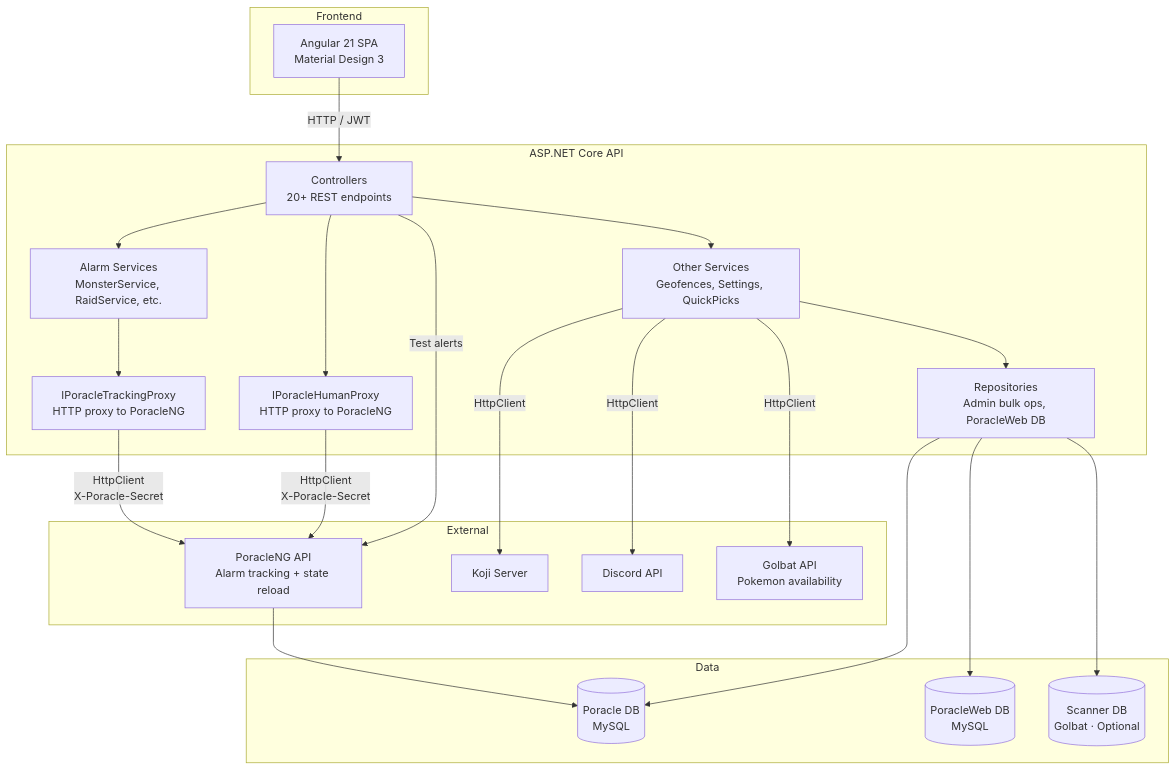
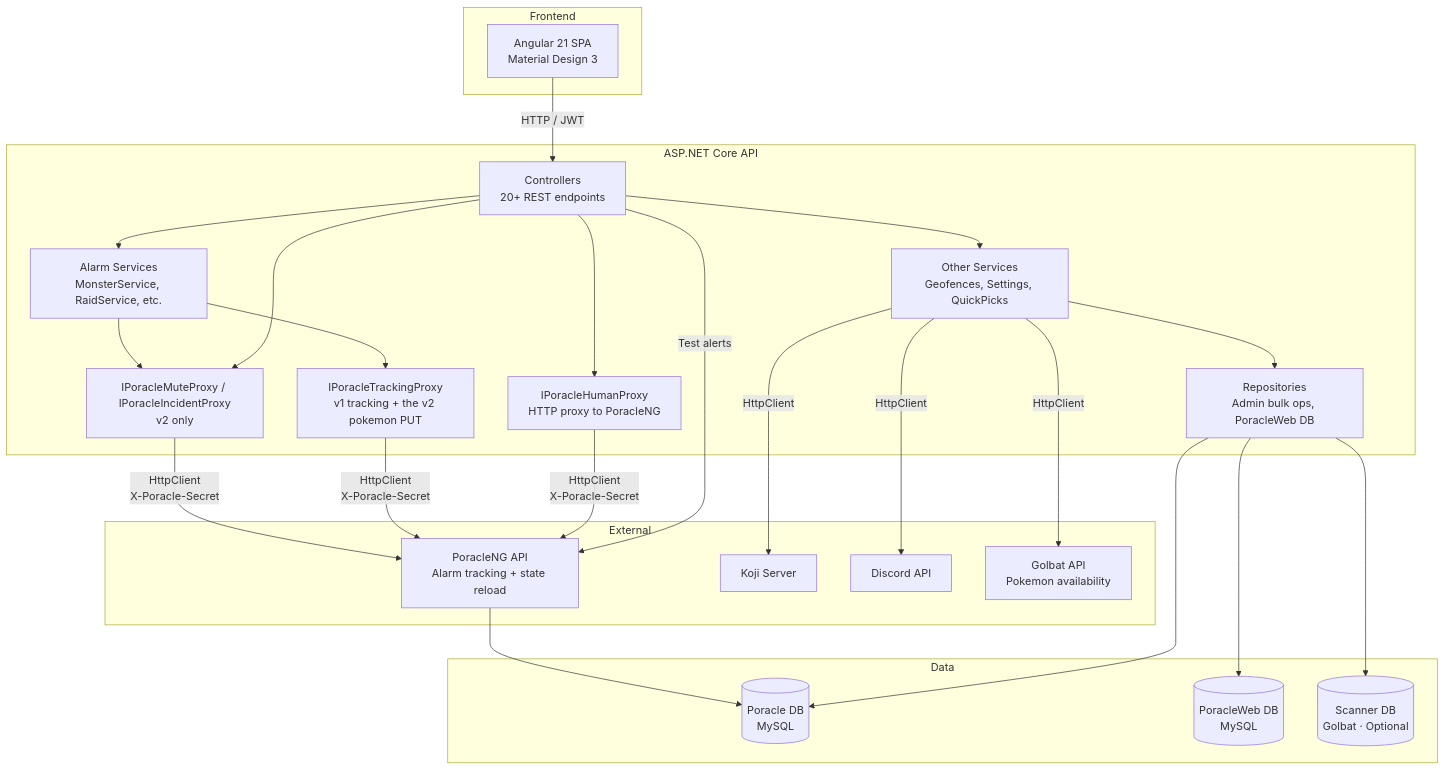
The diagram in docs/architecture/overview.md (PGAN-Dev/PoracleWeb.NET), drawn with Mermaid before and after one commit. The commit also changed other lines of this file and 18 other files, not shown here.

````diff
--- a/docs/architecture/overview.md
+++ b/docs/architecture/overview.md
@@ -34,45 +35,49 @@
 ```mermaid
 graph TB
     subgraph Frontend
         Angular[Angular 21 SPA<br/>Material Design 3]
     end
 
     subgraph Backend["ASP.NET Core API"]
         Controllers[Controllers<br/>20+ REST endpoints]
         AlarmServices[Alarm Services<br/>MonsterService, RaidService, etc.]
-        TrackingProxy[IPoracleTrackingProxy<br/>HTTP proxy to PoracleNG]
+        TrackingProxy[IPoracleTrackingProxy<br/>v1 tracking + the v2 pokemon PUT]
         HumanProxy[IPoracleHumanProxy<br/>HTTP proxy to PoracleNG]
+        V2Proxies["IPoracleMuteProxy / IPoracleIncidentProxy<br/>v2 only"]
         OtherServices[Other Services<br/>Geofences, Settings, QuickPicks]
         Repositories[Repositories<br/>Admin bulk ops, PoracleWeb DB]
     end
 
     subgraph Data
         PoracleDB[(Poracle DB<br/>MySQL)]
         WebDB[(PoracleWeb DB<br/>MySQL)]
         ScannerDB[(Scanner DB<br/>Golbat · Optional)]
     end
 
     subgraph External
         PoracleNG[PoracleNG API<br/>Alarm tracking + state reload]
         Koji[Koji Server]
         Discord[Discord API]
         Golbat[Golbat API<br/>Pokemon availability]
     end
 
     Angular -->|HTTP / JWT| Controllers
     Controllers --> AlarmServices
     Controllers --> OtherServices
     AlarmServices --> TrackingProxy
+    AlarmServices --> V2Proxies
+    Controllers --> V2Proxies
     Controllers --> HumanProxy
+    V2Proxies -->|HttpClient<br/>X-Poracle-Secret| PoracleNG
     TrackingProxy -->|HttpClient<br/>X-Poracle-Secret| PoracleNG
     HumanProxy -->|HttpClient<br/>X-Poracle-Secret| PoracleNG
     PoracleNG --> PoracleDB
     OtherServices --> Repositories
     Repositories --> PoracleDB
     Repositories --> WebDB
     Repositories --> ScannerDB
     OtherServices -->|HttpClient| Koji
     OtherServices -->|HttpClient| Discord
     OtherServices -->|HttpClient| Golbat
     Controllers -->|Test alerts| PoracleNG
 ```
````
